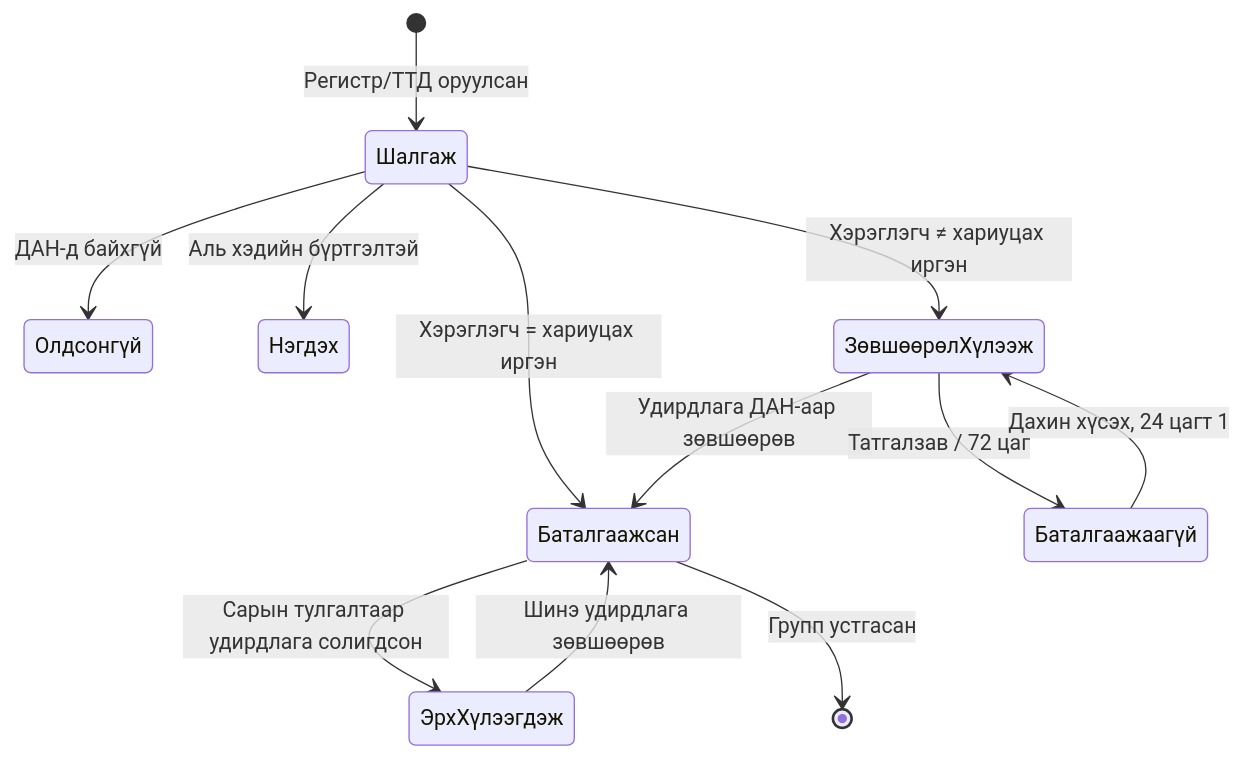
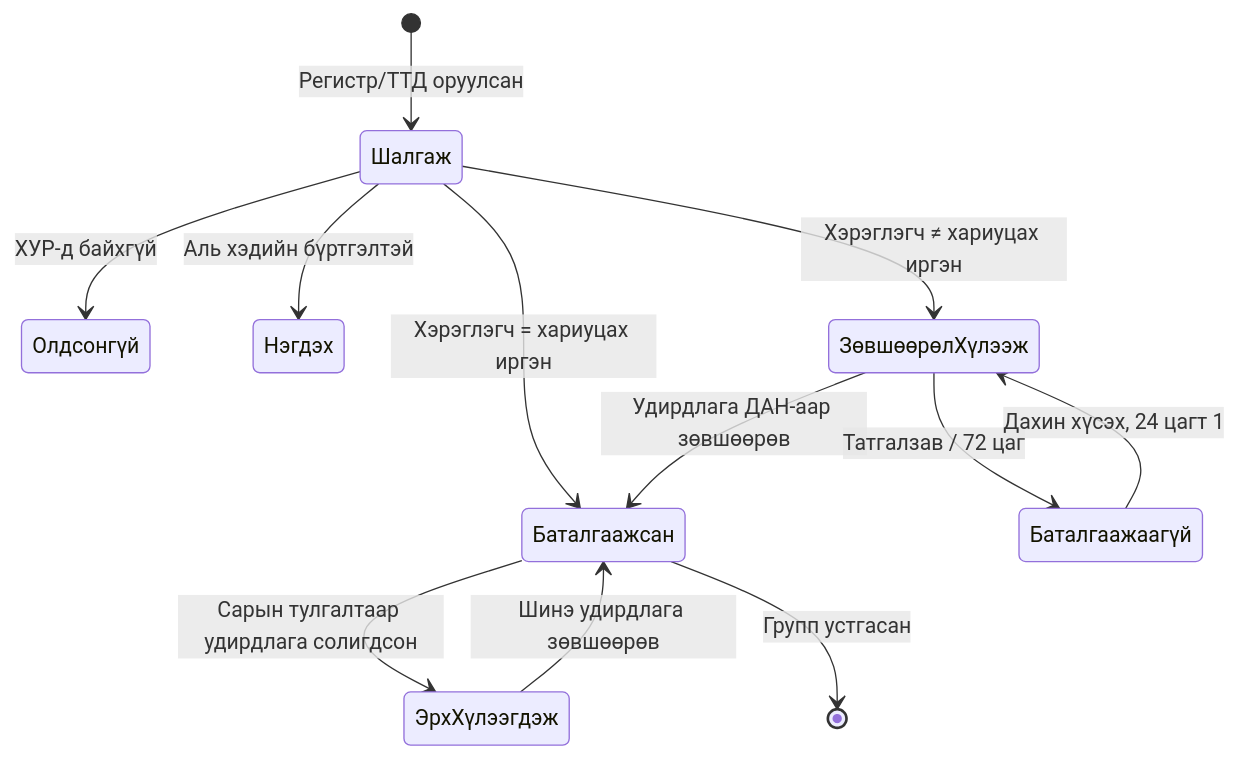
Diagram 11 of 12 in docs/requirements/process-map-group-org-mn.md (zayaennnn-arch/ID-Group), drawn with Mermaid before and after one commit. The commit also changed other lines of this file and 3 other files, not shown here.

````diff
--- a/docs/requirements/process-map-group-org-mn.md
+++ b/docs/requirements/process-map-group-org-mn.md
@@ -352,14 +391,14 @@
 ```mermaid
 stateDiagram-v2
     [*] --> Шалгаж: Регистр/ТТД оруулсан
-    Шалгаж --> Олдсонгүй: ДАН-д байхгүй
+    Шалгаж --> Олдсонгүй: ХУР-д байхгүй
     Шалгаж --> Нэгдэх: Аль хэдийн бүртгэлтэй
     Шалгаж --> Баталгаажсан: Хэрэглэгч = хариуцах иргэн
     Шалгаж --> ЗөвшөөрөлХүлээж: Хэрэглэгч ≠ хариуцах иргэн
     ЗөвшөөрөлХүлээж --> Баталгаажсан: Удирдлага ДАН-аар зөвшөөрөв
     ЗөвшөөрөлХүлээж --> Баталгаажаагүй: Татгалзав / 72 цаг
     Баталгаажаагүй --> ЗөвшөөрөлХүлээж: Дахин хүсэх, 24 цагт 1
     Баталгаажсан --> ЭрхХүлээгдэж: Сарын тулгалтаар удирдлага солигдсон
     ЭрхХүлээгдэж --> Баталгаажсан: Шинэ удирдлага зөвшөөрөв
     Баталгаажсан --> [*]: Групп устгасан
 ```
````
